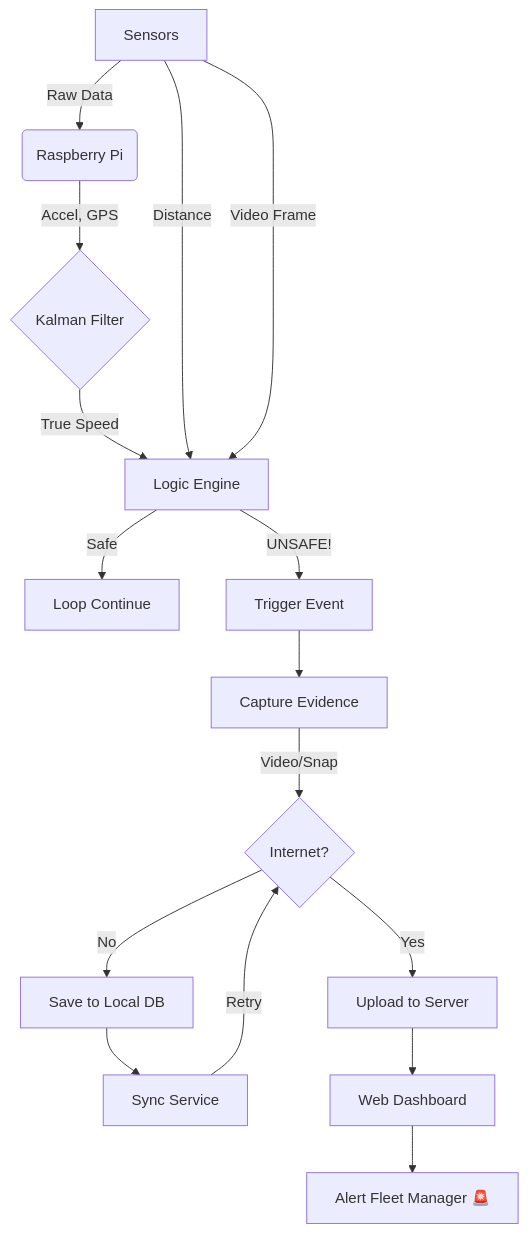
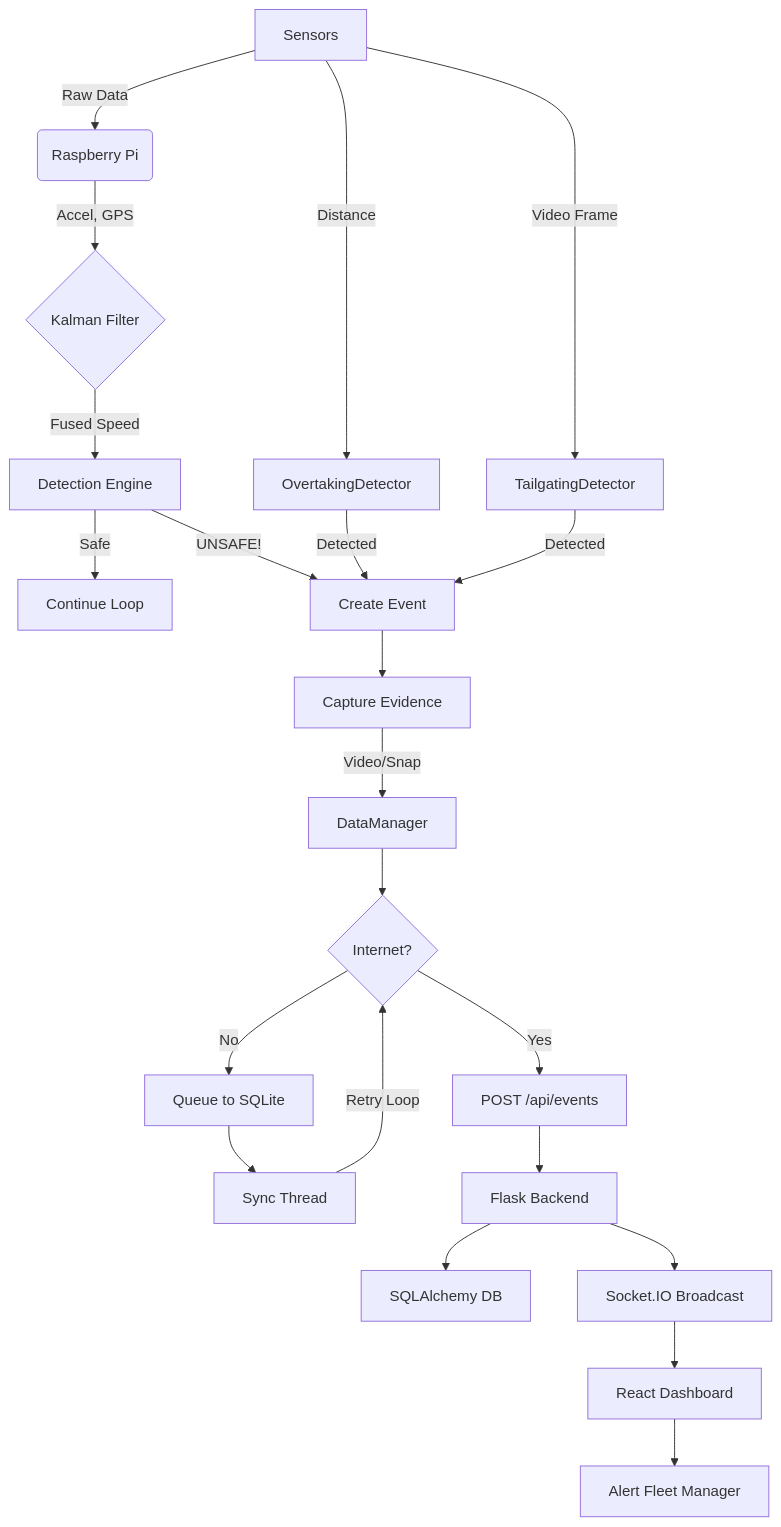
One commit to artacee/OnboardRash changed the diagram in system_workflow.md. Above: the diagram before and after it, drawn with Mermaid. The commit also changed other lines of this file and 46 other files, not shown here.

````diff
--- a/system_workflow.md
+++ b/system_workflow.md
@@ -94,24 +112,31 @@
 ```mermaid
 graph TD
     A[Sensors] -->|Raw Data| B(Raspberry Pi)
     B -->|Accel, GPS| C{Kalman Filter}
-    C -->|True Speed| D[Logic Engine]
-    
-    A -->|Distance| D
-    A -->|Video Frame| D
-    
-    D -->|Safe| E[Loop Continue]
-    D -->|UNSAFE!| F[Trigger Event]
-    
-    F --> G[Capture Evidence]
-    G -->|Video/Snap| H{Internet?}
-    
-    H -- Yes --> I[Upload to Server]
-    H -- No --> J[Save to Local DB]
-    
-    J --> K[Sync Service]
-    K -->|Retry| H
-    
-    I --> L[Web Dashboard]
-    L --> M[Alert Fleet Manager 🚨]
+    C -->|Fused Speed| D[Detection Engine]
+
+    A -->|Distance| E[OvertakingDetector]
+    A -->|Video Frame| F[TailgatingDetector]
+
+    D -->|Safe| G[Continue Loop]
+    D -->|UNSAFE!| H[Create Event]
+    E -->|Detected| H
+    F -->|Detected| H
+
+    H --> I[Capture Evidence]
+    I -->|Video/Snap| J[DataManager]
+
+    J --> K{Internet?}
+    K -- Yes --> L[POST /api/events]
+    K -- No --> M[Queue to SQLite]
+
+    M --> N[Sync Thread]
+    N -->|Retry Loop| K
+
+    L --> O[Flask Backend]
+    O --> P[SQLAlchemy DB]
+    O --> Q[Socket.IO Broadcast]
+
+    Q --> R[React Dashboard]
+    R --> S[Alert Fleet Manager]
 ```
````
